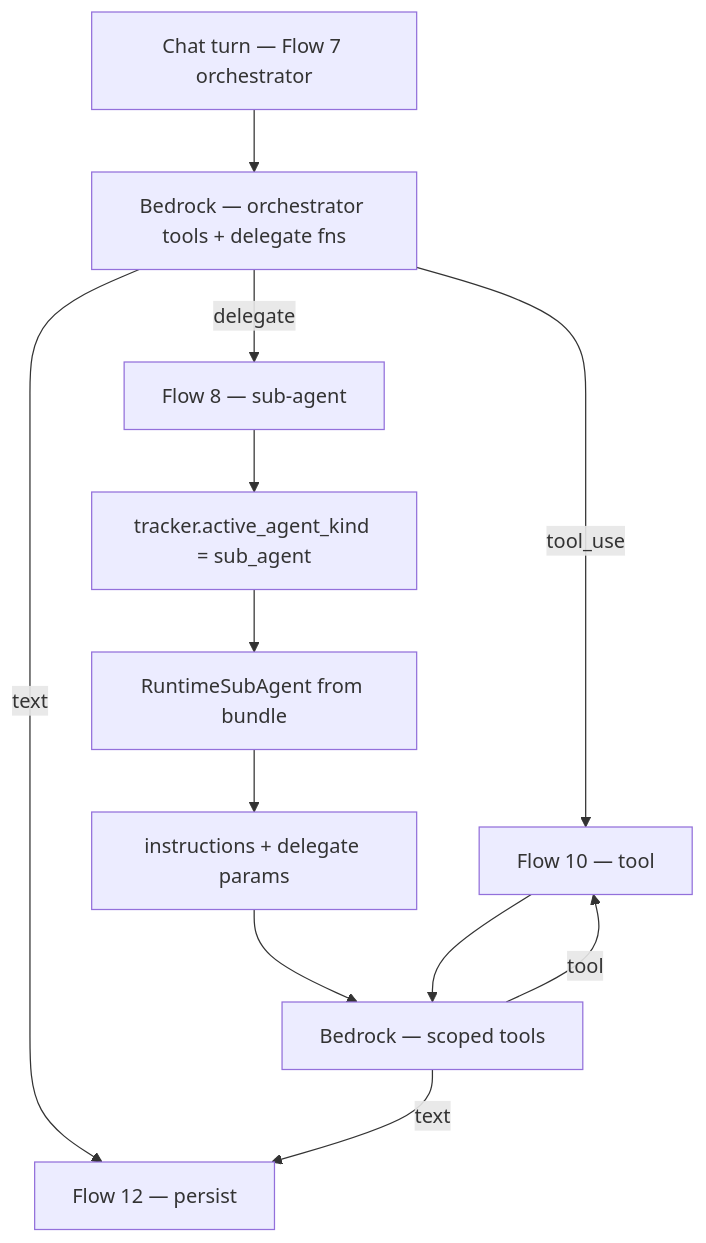
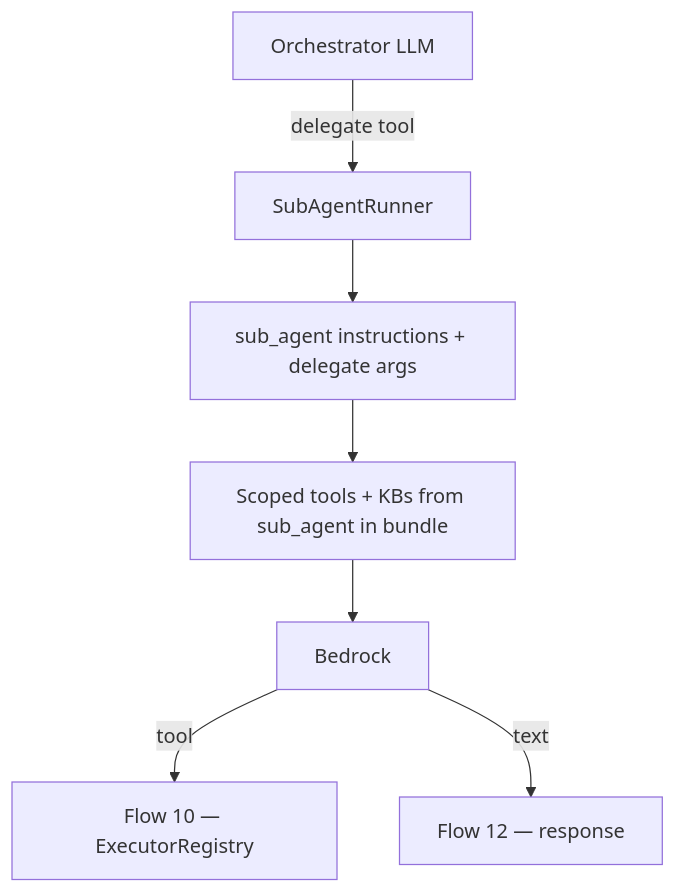
Before and after one commit to shehan-jayasinghe/bot-builder: the diagram in backend/document/chat/02-sub-agent-delegation-at-chat-diagrams.md, drawn with Mermaid. The commit also changed other lines of this file and 22 other files, not shown here.

````diff
--- a/backend/document/chat/02-sub-agent-delegation-at-chat-diagrams.md
+++ b/backend/document/chat/02-sub-agent-delegation-at-chat-diagrams.md
@@ -29,16 +17,10 @@
 ```mermaid
 flowchart TB
-    TURN[Chat turn — Flow 7 orchestrator]
-    TURN --> LLM[Bedrock — orchestrator tools + delegate fns]
-    LLM -->|text| F12[Flow 12 — persist]
-    LLM -->|tool_use| F10[Flow 10 — tool]
-    LLM -->|delegate| F8[Flow 8 — sub-agent]
-
-    F8 --> SET[tracker.active_agent_kind = sub_agent]
-    SET --> SCOPE[RuntimeSubAgent from bundle]
-    SCOPE --> PROMPT[instructions + delegate params]
-    PROMPT --> SUB_LLM[Bedrock — scoped tools]
-    SUB_LLM -->|tool| F10
-    SUB_LLM -->|text| F12
-    F10 --> SUB_LLM
+    ORCH[Orchestrator LLM]
+    ORCH -->|delegate tool| DELEG[SubAgentRunner]
+    DELEG --> PROMPT[sub_agent instructions + delegate args]
+    PROMPT --> SCOPE[Scoped tools + KBs from sub_agent in bundle]
+    SCOPE --> LLM[Bedrock]
+    LLM -->|tool| EXEC[Flow 10 — ExecutorRegistry]
+    LLM -->|text| REPLY[Flow 12 — response]
 ```
````
